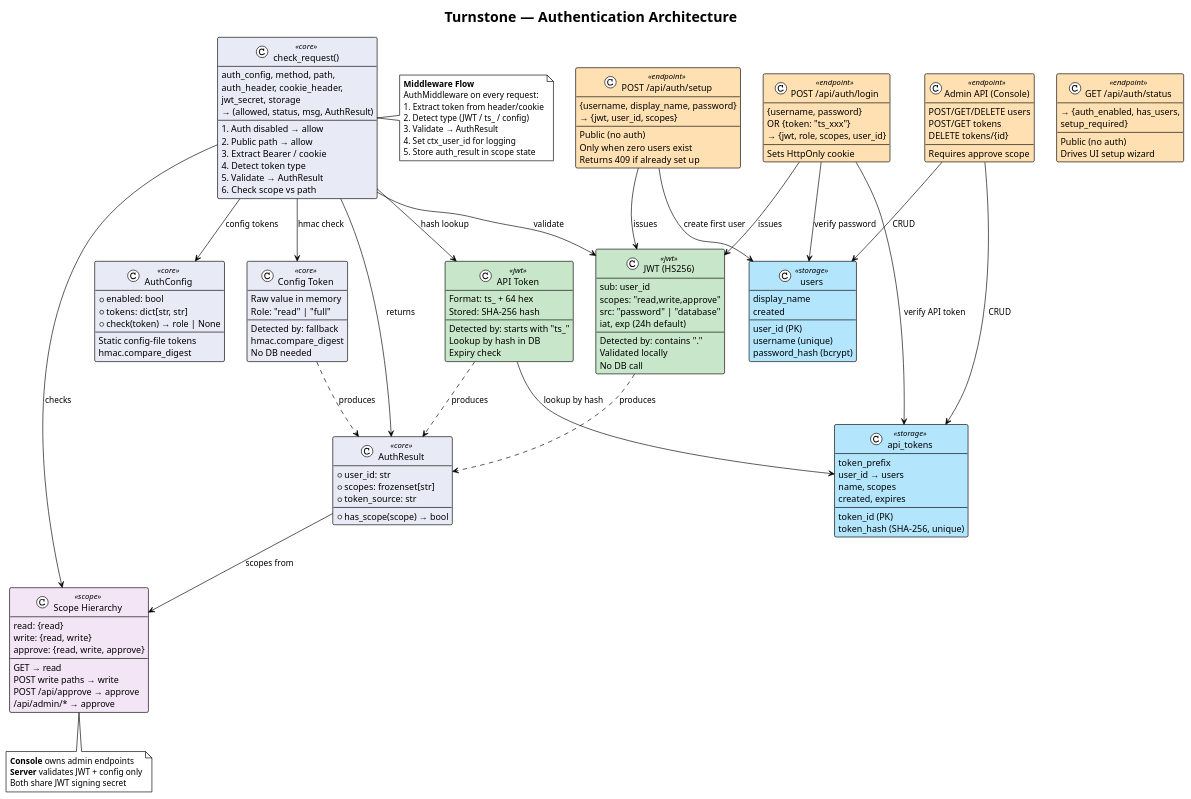
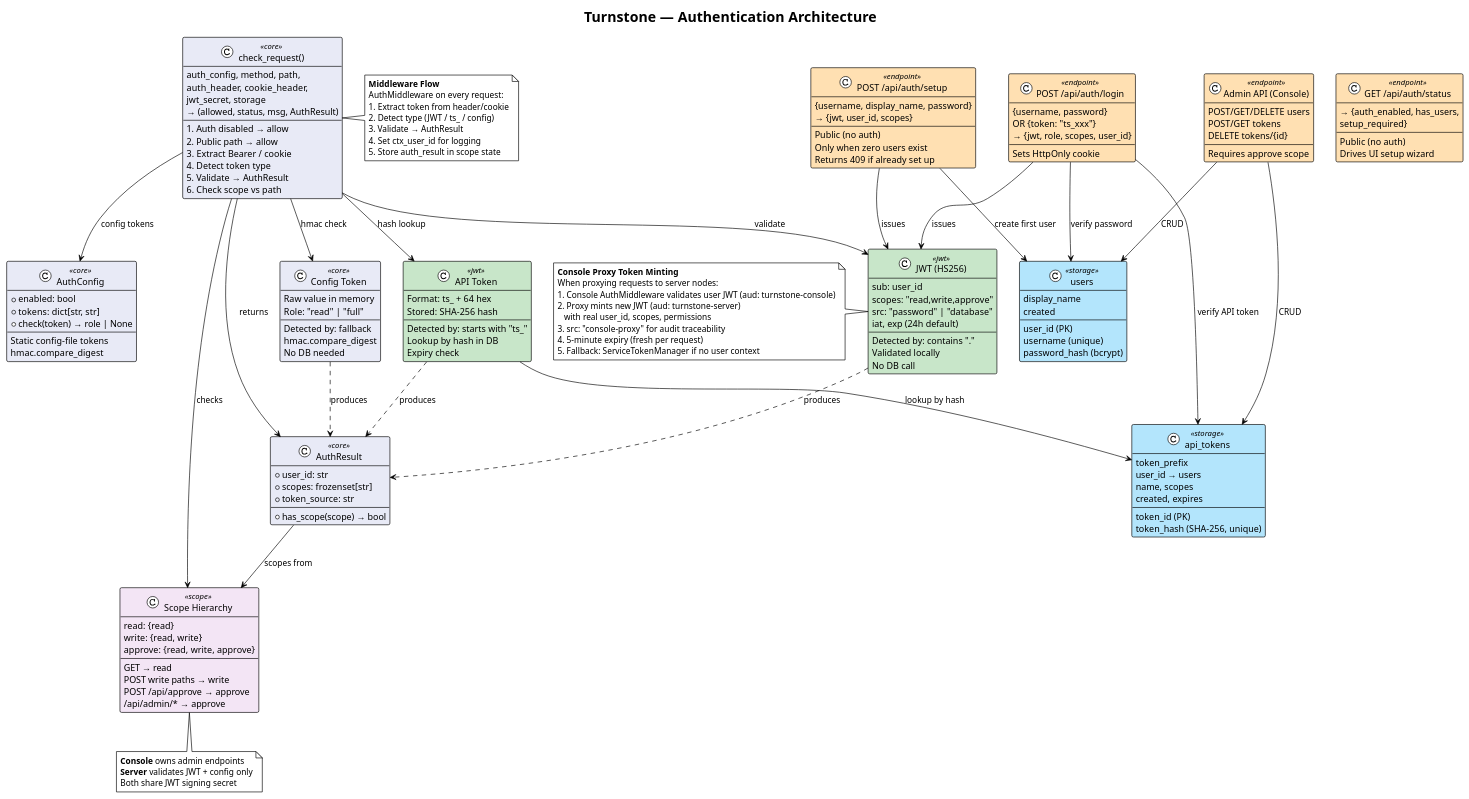
One commit to turnstonelabs/turnstone changed the diagram in docs/diagrams/15-auth-architecture.puml. Above: the diagram before and after it, drawn with PlantUML. The commit also changed 6 other files, not shown here.

First line of the commit message:
fix: propagate user identity through console proxy

```diff
--- a/docs/diagrams/15-auth-architecture.puml
+++ b/docs/diagrams/15-auth-architecture.puml
@@ -1,179 +1,190 @@
 @startuml
 !theme plain
 title Turnstone — Authentication Architecture
 
 skinparam class {
     BackgroundColor<<core>> #E8EAF6
     BackgroundColor<<jwt>> #C8E6C9
     BackgroundColor<<storage>> #B3E5FC
     BackgroundColor<<endpoint>> #FFE0B2
     BackgroundColor<<scope>> #F3E5F5
 }
 
 ' -- Core Auth --
 class "AuthConfig" as AC <<core>> {
     +enabled: bool
     +tokens: dict[str, str]
     +check(token) → role | None
     --
     Static config-file tokens
     hmac.compare_digest
 }
 
 class "AuthResult" as AR <<core>> {
     +user_id: str
     +scopes: frozenset[str]
     +token_source: str
     +has_scope(scope) → bool
 }
 
 class "check_request()" as CR <<core>> {
     auth_config, method, path,
     auth_header, cookie_header,
     jwt_secret, storage
     → (allowed, status, msg, AuthResult)
     --
     1. Auth disabled → allow
     2. Public path → allow
     3. Extract Bearer / cookie
     4. Detect token type
     5. Validate → AuthResult
     6. Check scope vs path
 }
 
 ' -- Token Types --
 class "JWT (HS256)" as JWT <<jwt>> {
     sub: user_id
     scopes: "read,write,approve"
     src: "password" | "database"
     iat, exp (24h default)
     --
     Detected by: contains "."
     Validated locally
     No DB call
 }
 
 class "API Token" as AT <<jwt>> {
     Format: ts_ + 64 hex
     Stored: SHA-256 hash
     --
     Detected by: starts with "ts_"
     Lookup by hash in DB
     Expiry check
 }
 
 class "Config Token" as CT <<core>> {
     Raw value in memory
     Role: "read" | "full"
     --
     Detected by: fallback
     hmac.compare_digest
     No DB needed
 }
 
 ' -- Scopes --
 class "Scope Hierarchy" as SH <<scope>> {
     read: {read}
     write: {read, write}
     approve: {read, write, approve}
     --
     GET → read
     POST write paths → write
     POST /api/approve → approve
     /api/admin/* → approve
 }
 
 ' -- Storage --
 class "users" as UT <<storage>> {
     user_id (PK)
     username (unique)
     display_name
     password_hash (bcrypt)
     created
 }
 
 class "api_tokens" as TT <<storage>> {
     token_id (PK)
     token_hash (SHA-256, unique)
     token_prefix
     user_id → users
     name, scopes
     created, expires
 }
 
 ' -- Endpoints --
 class "POST /api/auth/login" as Login <<endpoint>> {
     {username, password}
     OR {token: "ts_xxx"}
     → {jwt, role, scopes, user_id}
     --
     Sets HttpOnly cookie
 }
 
 class "GET /api/auth/status" as Status <<endpoint>> {
     → {auth_enabled, has_users,
        setup_required}
     --
     Public (no auth)
     Drives UI setup wizard
 }
 
 class "POST /api/auth/setup" as Setup <<endpoint>> {
     {username, display_name, password}
     → {jwt, user_id, scopes}
     --
     Public (no auth)
     Only when zero users exist
     Returns 409 if already set up
 }
 
 class "Admin API (Console)" as Admin <<endpoint>> {
     POST/GET/DELETE users
     POST/GET tokens
     DELETE tokens/{id}
     --
     Requires approve scope
 }
 
 ' -- Relationships --
 CR --> AC : config tokens
 CR --> JWT : validate
 CR --> AT : hash lookup
 CR --> CT : hmac check
 CR --> AR : returns
 CR --> SH : checks
 
 Login --> JWT : issues
 Login --> UT : verify password
 Login --> TT : verify API token
 
 Setup --> UT : create first user
 Setup --> JWT : issues
 
 AT --> TT : lookup by hash
 Admin --> UT : CRUD
 Admin --> TT : CRUD
 
 AR --> SH : scopes from
 
 JWT ..> AR : produces
 AT ..> AR : produces
 CT ..> AR : produces
 
 note right of CR
   **Middleware Flow**
   AuthMiddleware on every request:
   1. Extract token from header/cookie
   2. Detect type (JWT / ts_ / config)
   3. Validate → AuthResult
   4. Set ctx_user_id for logging
   5. Store auth_result in scope state
 end note
 
 note bottom of SH
   **Console** owns admin endpoints
   **Server** validates JWT + config only
   Both share JWT signing secret
 end note
 
+note left of JWT
+  **Console Proxy Token Minting**
+  When proxying requests to server nodes:
+  1. Console AuthMiddleware validates user JWT (aud: turnstone-console)
+  2. Proxy mints new JWT (aud: turnstone-server)
+     with real user_id, scopes, permissions
+  3. src: "console-proxy" for audit traceability
+  4. 5-minute expiry (fresh per request)
+  5. Fallback: ServiceTokenManager if no user context
+end note
+
 @enduml
```
